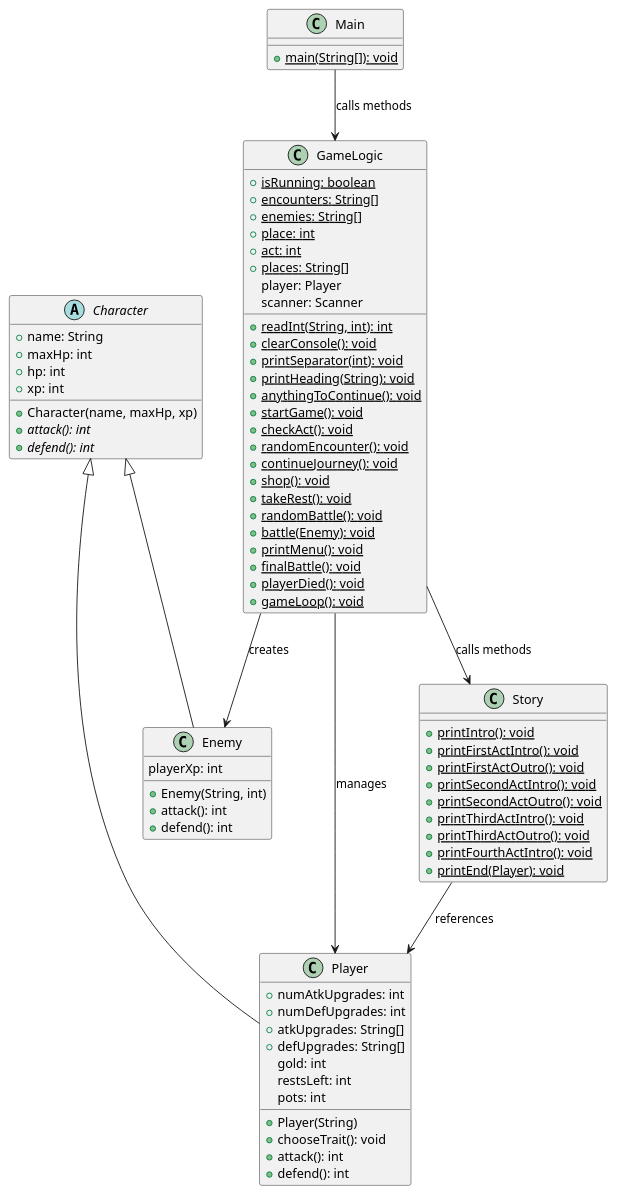
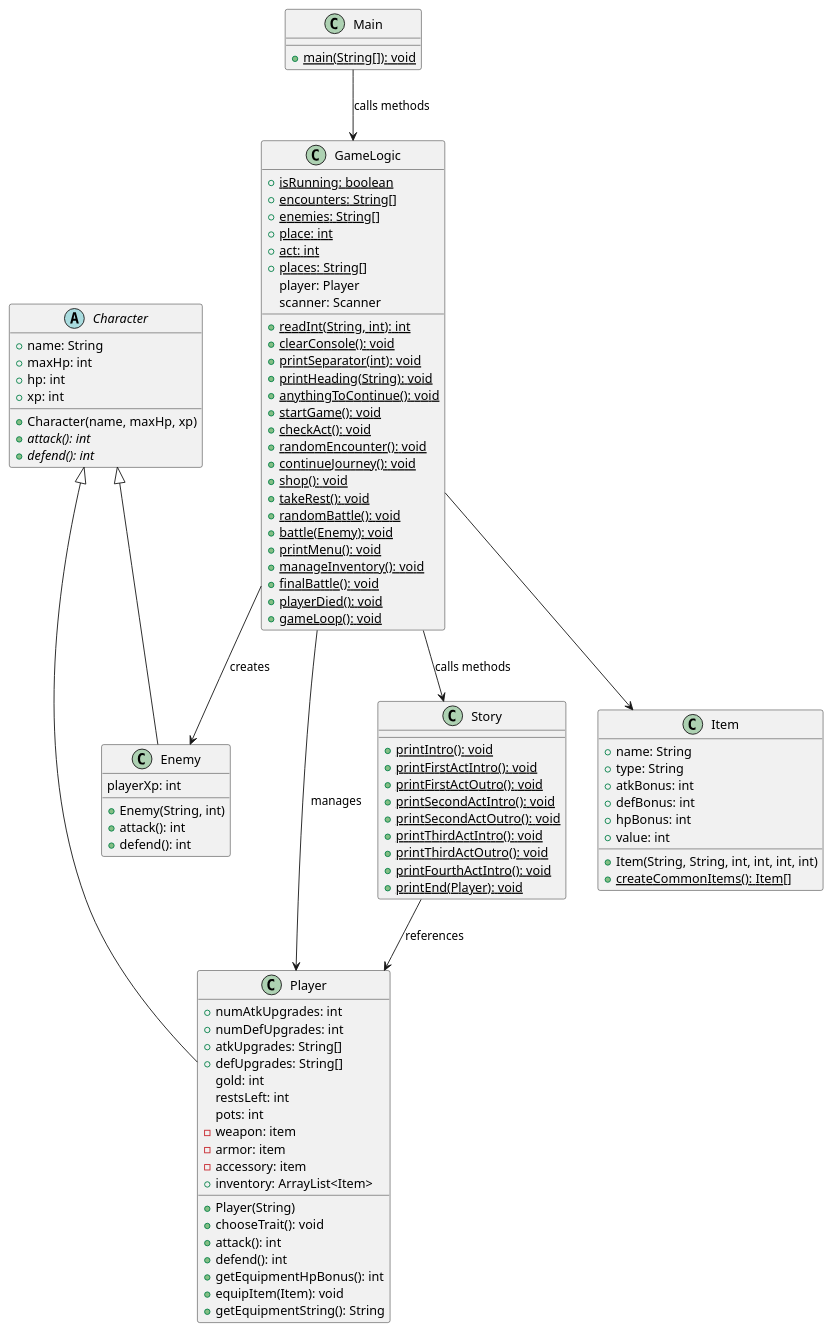
The diagram in src/TextRPG.puml (apatterson5874/Rift-RPG), drawn with PlantUML before and after one commit. The commit also changed 4 other files, not shown here.

Commit message:
Updated README.md with version 0.2 info Updated UML with new classes and dependencies related to version 0.2 New class Item.java Modifications to the following classes for version 0.2 features: Player.java GameLogic.java

```diff
--- a/src/TextRPG.puml
+++ b/src/TextRPG.puml
@@ -1,86 +1,108 @@
 @startuml
 
 abstract class Character{
     + name: String
     + maxHp: int
     + hp: int
     + xp: int
     + Character(name, maxHp, xp)
     + {abstract} attack(): int
     + {abstract} defend(): int
 }
 
 class Main{
     + {static} main(String[]): void
 }
 
 class Player{
     + numAtkUpgrades: int
     + numDefUpgrades: int
     + atkUpgrades: String[]
     + defUpgrades: String[]
     gold: int
     restsLeft: int
     pots: int
+    - weapon: item
+    - armor: item
+    - accessory: item
+    + inventory: ArrayList<Item>
     + Player(String)
     + chooseTrait(): void
     + attack(): int
     + defend(): int
+    + getEquipmentHpBonus(): int
+    + equipItem(Item): void
+    + getEquipmentString(): String
 }
 
 class Enemy{
     playerXp: int
     + Enemy(String, int)
     + attack(): int
     + defend(): int
 }
 
 class Story{
     + {static} printIntro(): void
     + {static} printFirstActIntro(): void
     + {static} printFirstActOutro(): void
     + {static} printSecondActIntro(): void
     + {static} printSecondActOutro(): void
     + {static} printThirdActIntro(): void
     + {static} printThirdActOutro(): void
     + {static} printFourthActIntro(): void
     + {static} printEnd(Player): void
 }
 
 class GameLogic{
     + {static} isRunning: boolean
     + {static} encounters: String[]
     + {static} enemies: String[]
     + {static} place: int
     + {static} act: int
     + {static} places: String[]
     player: Player
     scanner: Scanner
     + {static} readInt(String, int): int
     + {static} clearConsole(): void
     + {static} printSeparator(int): void
     + {static} printHeading(String): void
     + {static} anythingToContinue(): void
     + {static} startGame(): void
     + {static} checkAct(): void
     + {static} randomEncounter(): void
     + {static} continueJourney(): void
     + {static} shop(): void
     + {static} takeRest(): void
     + {static} randomBattle(): void
     + {static} battle(Enemy): void
     + {static} printMenu(): void
+    + {static} manageInventory(): void
     + {static} finalBattle(): void
     + {static} playerDied(): void
     + {static} gameLoop(): void
 }
+
+class Item{
+    + name: String
+    + type: String
+    + atkBonus: int
+    + defBonus: int
+    + hpBonus: int
+    + value: int
+    + Item(String, String, int, int, int, int)
+    + {static} createCommonItems(): Item[]
+}
+
 
 Character <|-- Player
 Character <|-- Enemy
 GameLogic --> Player : manages
 GameLogic --> Enemy : creates
 GameLogic --> Story : calls methods
+GameLogic --> Item
 Story --> Player : references
 Main --> GameLogic : calls methods
 
+
 @enduml
```
